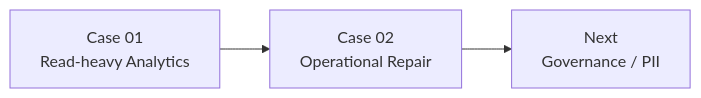
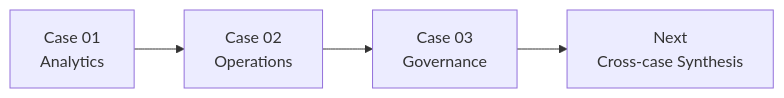
Before and after one commit to XiaoWeiKIN/datahub-research: the diagram in docs/case-studies/README.md, drawn with Mermaid. The commit also changed other lines of this file, not shown here.

Commit message:
docs: add governance PII case study

```diff
--- a/docs/case-studies/README.md
+++ b/docs/case-studies/README.md
@@ -17,8 +18,9 @@
 ~~~mermaid
 flowchart LR
-    C1[Case 01<br/>Read-heavy Analytics]
-    C2[Case 02<br/>Operational Repair]
-    C3[Next<br/>Governance / PII]
+    C1[Case 01<br/>Analytics]
+    C2[Case 02<br/>Operations]
+    C3[Case 03<br/>Governance]
+    C4[Next<br/>Cross-case Synthesis]
 
-    C1 --> C2 --> C3
+    C1 --> C2 --> C3 --> C4
 ~~~
```
